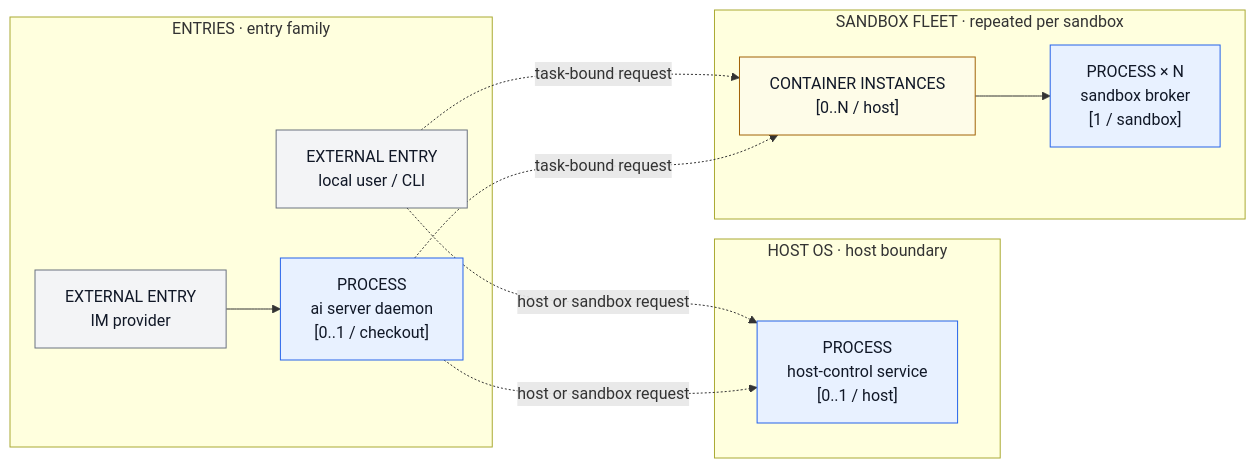
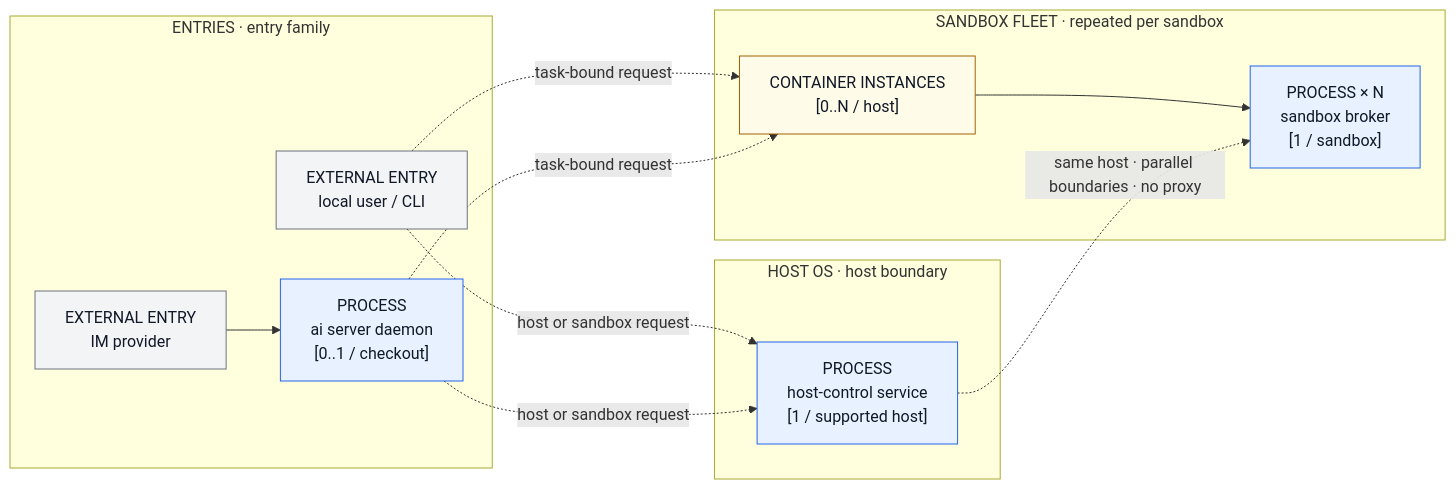
One commit to fitlab-ai/agent-infra changed the second of 4 diagrams in docs/en/architecture.md. Above: the diagram before and after it, drawn with Mermaid. The commit also changed other lines of this file and 1 other file, not shown here.

Commit message:
docs(architecture): clarify host-control cardinality

````diff
--- a/docs/en/architecture.md
+++ b/docs/en/architecture.md
@@ -51,28 +57,30 @@
 ```mermaid
 flowchart LR
   classDef process fill:#e8f1ff,stroke:#2563eb,color:#111827;
   classDef boundary fill:#fefce8,stroke:#a16207,color:#111827;
   classDef external fill:#f3f4f6,stroke:#6b7280,color:#111827;
 
   subgraph I["ENTRIES · entry family"]
     CLI["EXTERNAL ENTRY<br/>local user / CLI"]:::external
     IM["EXTERNAL ENTRY<br/>IM provider"]:::external
     D["PROCESS<br/>ai server daemon<br/>[0..1 / checkout]"]:::process
     IM --> D
   end
 
   subgraph H["HOST OS · host boundary"]
-    HC["PROCESS<br/>host-control service<br/>[0..1 / host]"]:::process
+    HC["PROCESS<br/>host-control service<br/>[1 / supported host]"]:::process
   end
 
   subgraph F["SANDBOX FLEET · repeated per sandbox"]
     C["CONTAINER INSTANCES<br/>[0..N / host]"]:::boundary
     B["PROCESS × N<br/>sandbox broker<br/>[1 / sandbox]"]:::process
     C --> B
   end
 
+  HC -. "same host · parallel boundaries · no proxy" .-> B
+
   CLI -. host or sandbox request .-> HC
   D -. host or sandbox request .-> HC
   CLI -. task-bound request .-> C
   D -. task-bound request .-> C
 ```
````
